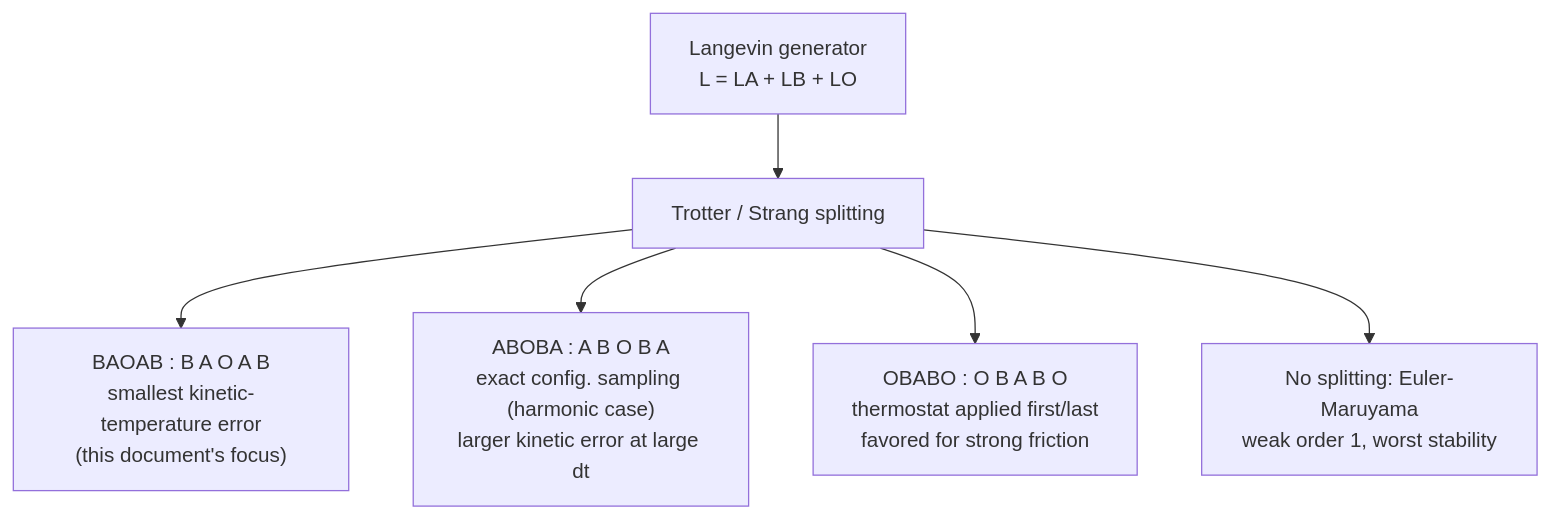
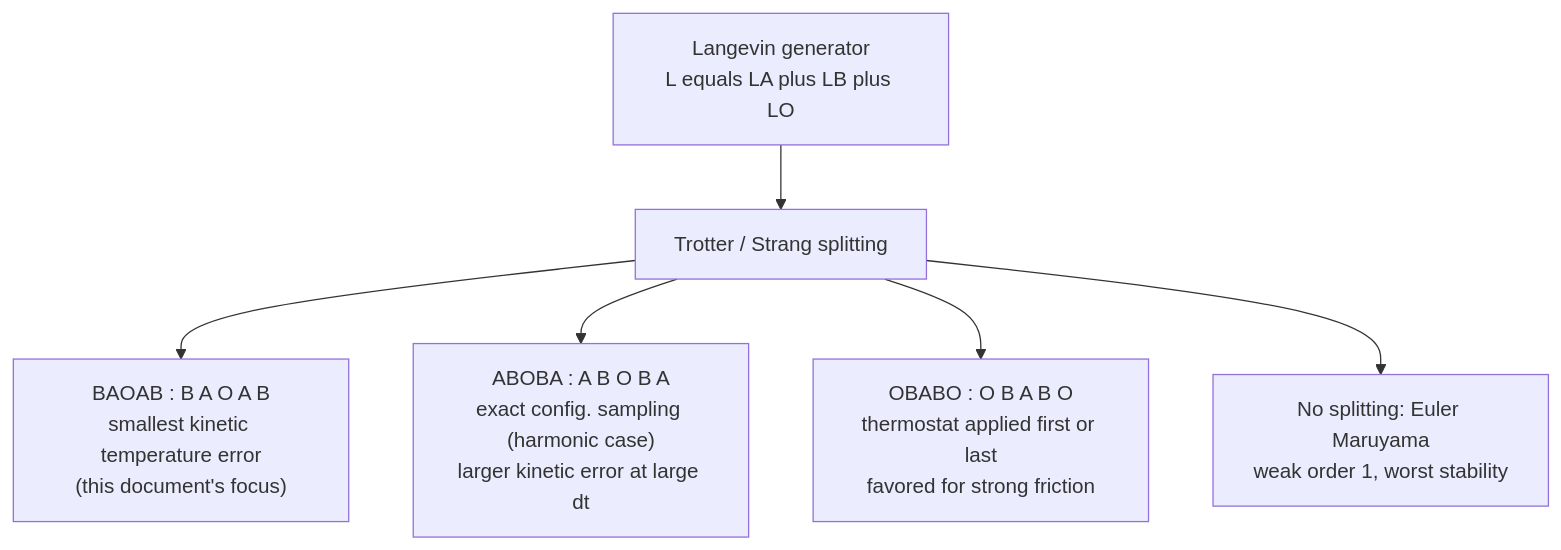
One commit to dimitarpg13/semantic_simulation changed the second of 3 diagrams in docs/BAOAB/BAOAB_Deep_Dive.md. Above: the diagram before and after it, drawn with Mermaid. The commit also changed other lines of this file, not shown here.

Commit message:
update BAOAB deep dive

````diff
--- a/docs/BAOAB/BAOAB_Deep_Dive.md
+++ b/docs/BAOAB/BAOAB_Deep_Dive.md
@@ -187,8 +200,15 @@
 ```mermaid
 flowchart TD
-    L["Langevin generator<br/>L = LA + LB + LO"] --> Split["Trotter / Strang splitting"]
-    Split --> BAOAB["BAOAB : B A O A B<br/>smallest kinetic-temperature error<br/>(this document's focus)"]
-    Split --> ABOBA["ABOBA : A B O B A<br/>exact config. sampling (harmonic case)<br/>larger kinetic error at large dt"]
-    Split --> OBABO["OBABO : O B A B O<br/>thermostat applied first/last<br/>favored for strong friction"]
-    Split --> EM["No splitting: Euler-Maruyama<br/>weak order 1, worst stability"]
+    L["Langevin generator<br>L equals LA plus LB plus LO"]
+    Split["Trotter / Strang splitting"]
+    BAOAB["BAOAB : B A O A B<br>smallest kinetic temperature error<br>(this document's focus)"]
+    ABOBA["ABOBA : A B O B A<br>exact config. sampling (harmonic case)<br>larger kinetic error at large dt"]
+    OBABO["OBABO : O B A B O<br>thermostat applied first or last<br>favored for strong friction"]
+    EM["No splitting: Euler Maruyama<br>weak order 1, worst stability"]
+
+    L --> Split
+    Split --> BAOAB
+    Split --> ABOBA
+    Split --> OBABO
+    Split --> EM
 ```
````
